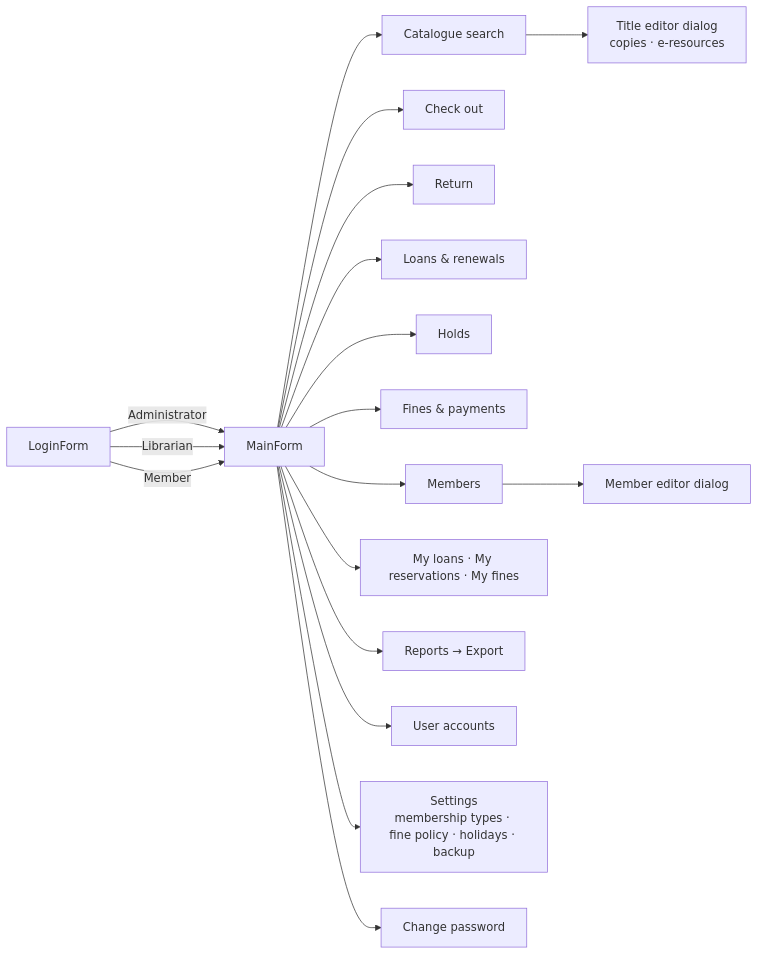
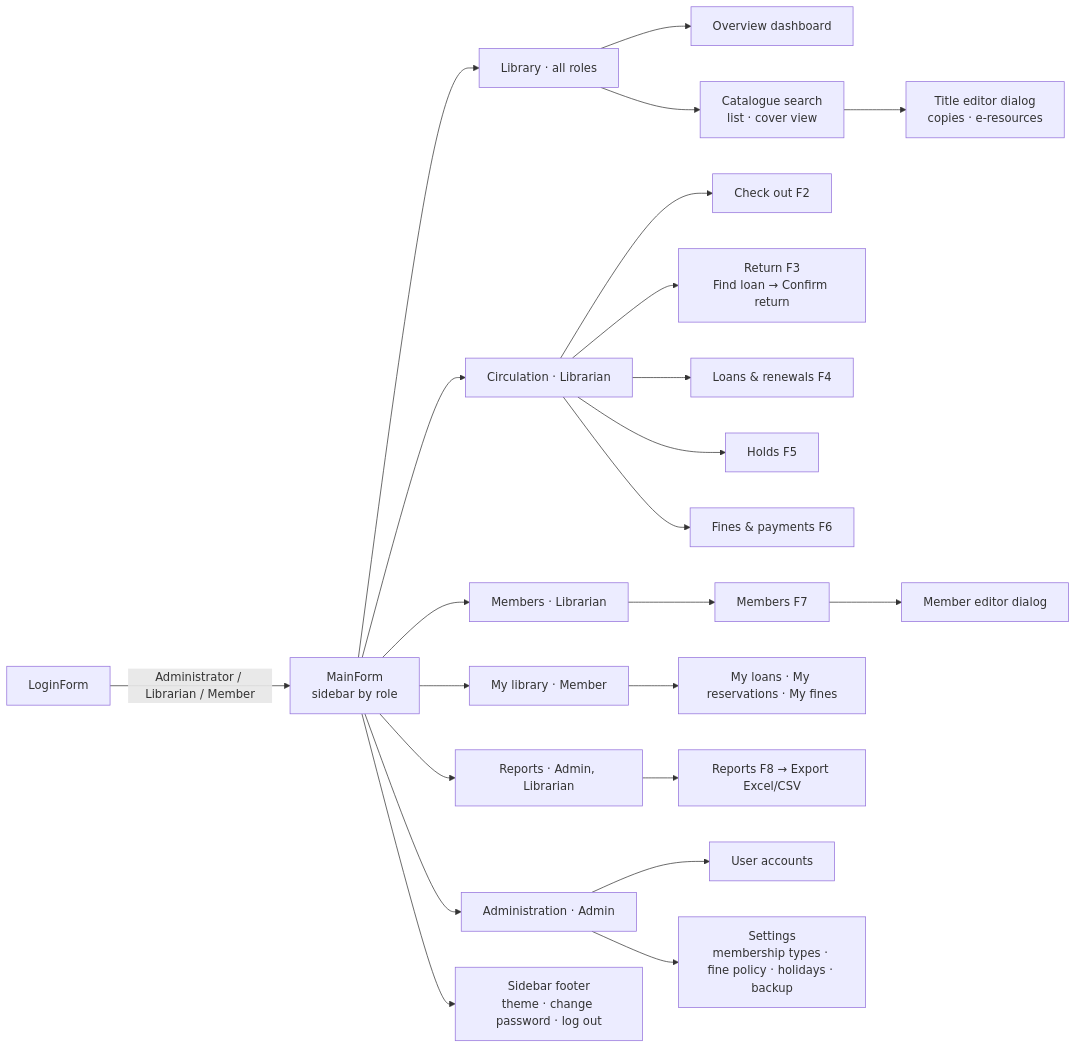
Before and after one commit to gthanh06/261_72ITSE41704_-2474802010463-_-LibraryProject-: the diagram in docs/design/diagrams/navigation.mmd, drawn with Mermaid. The commit also changed 10 other files, not shown here.

```diff
--- a/docs/design/diagrams/navigation.mmd
+++ b/docs/design/diagrams/navigation.mmd
@@ -1,18 +1,23 @@
 flowchart LR
-  Login[LoginForm] -->|Administrator| A[MainForm]
-  Login -->|Librarian| A
-  Login -->|Member| A
-  A --> Cat[Catalogue search]
+  Login[LoginForm] -->|Administrator / Librarian / Member| A[MainForm<br/>sidebar by role]
+  A --> LIB[Library · all roles]
+  LIB --> OV[Overview dashboard]
+  LIB --> Cat[Catalogue search<br/>list · cover view]
   Cat --> TE[Title editor dialog<br/>copies · e-resources]
-  A --> CO[Check out]
-  A --> RT[Return]
-  A --> LO[Loans & renewals]
-  A --> HO[Holds]
-  A --> FI[Fines & payments]
-  A --> ME[Members]
+  A --> CIR[Circulation · Librarian]
+  CIR --> CO[Check out F2]
+  CIR --> RT[Return F3<br/>Find loan → Confirm return]
+  CIR --> LO[Loans & renewals F4]
+  CIR --> HO[Holds F5]
+  CIR --> FI[Fines & payments F6]
+  A --> MEG[Members · Librarian]
+  MEG --> ME[Members F7]
   ME --> MED[Member editor dialog]
-  A --> MY[My loans · My reservations · My fines]
-  A --> RP[Reports → Export]
-  A --> UA[User accounts]
-  A --> ST[Settings<br/>membership types · fine policy · holidays · backup]
-  A --> PW[Change password]
+  A --> MY[My library · Member]
+  MY --> ML[My loans · My reservations · My fines]
+  A --> RPG[Reports · Admin, Librarian]
+  RPG --> RP[Reports F8 → Export Excel/CSV]
+  A --> AD[Administration · Admin]
+  AD --> UA[User accounts]
+  AD --> ST[Settings<br/>membership types · fine policy · holidays · backup]
+  A --> FT[Sidebar footer<br/>theme · change password · log out]
```
